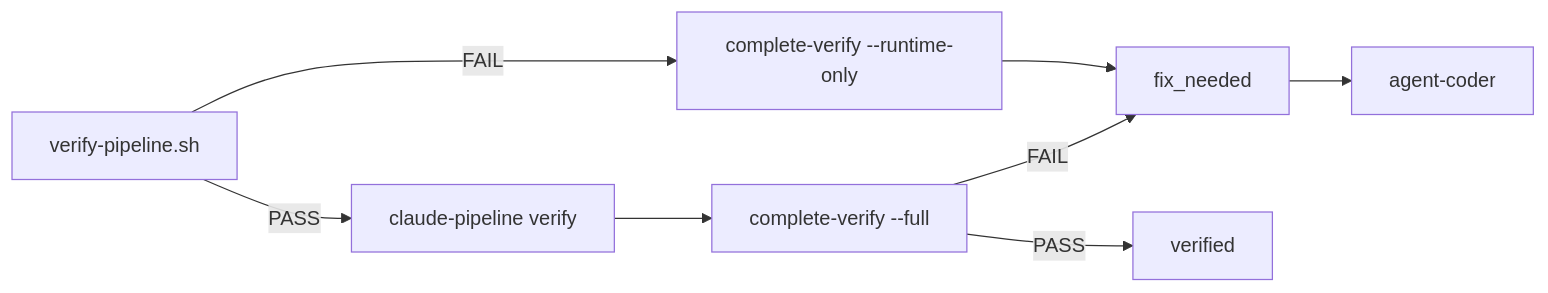
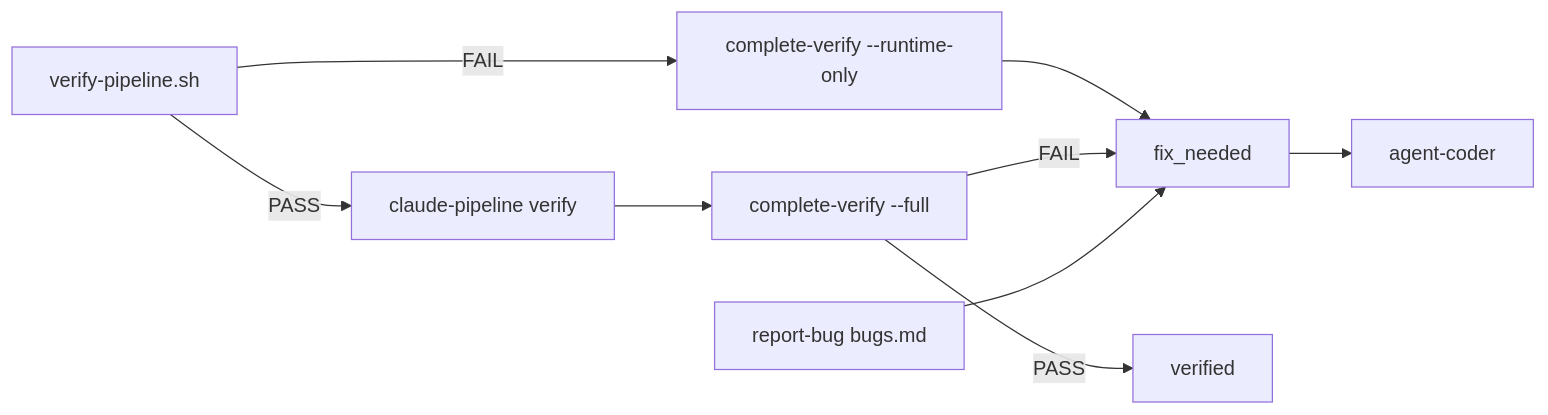
The first of 2 diagrams in README.md (wmx-poe/test-pipeline), drawn with Mermaid before and after one commit. The commit also changed other lines of this file and 47 other files, not shown here.

````diff
--- a/README.md
+++ b/README.md
@@ -30,10 +34,11 @@
 ```mermaid
 flowchart LR
   VP[verify-pipeline.sh] -->|FAIL| CV1[complete-verify --runtime-only]
   CV1 --> FN[fix_needed]
   VP -->|PASS| CL[claude-pipeline verify]
   CL --> CV2[complete-verify --full]
   CV2 -->|PASS| OK[verified]
   CV2 -->|FAIL| FN
   FN --> CD[agent-coder]
+  Bug[report-bug bugs.md] --> FN
 ```
````
